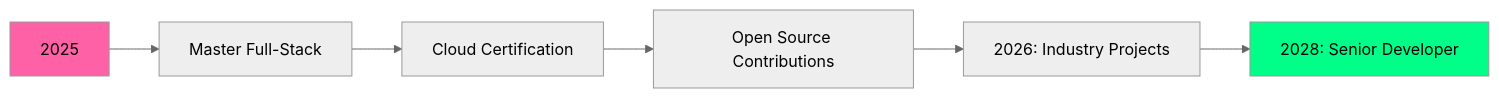
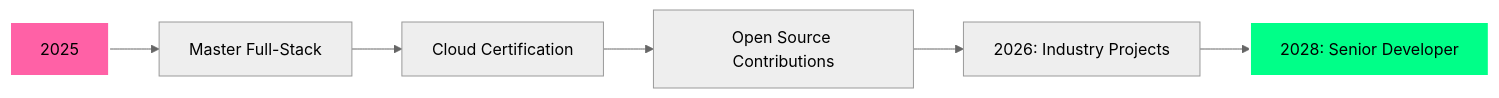
Before and after one commit to reezmahanan/reezmahanan: the diagram in README.md, drawn with Mermaid (neutral theme). The commit also changed other lines of this file, not shown here.

````diff
--- a/README.md
+++ b/README.md
@@ -293,11 +314,10 @@
 ```mermaid
 graph LR
     A[2025] --> B[Master Full-Stack]
     B --> C[Cloud Certification]
     C --> D[Open Source Contributions]
     D --> E[2026: Industry Projects]
     E --> F[2028: Senior Developer]
-    
-    style A fill:#ff61a6
-    style F fill:#00ff88
+    style A fill:#ff61a6,stroke:#fff,stroke-width:2px
+    style F fill:#00ff88,stroke:#fff,stroke-width:2px
 ```
````
